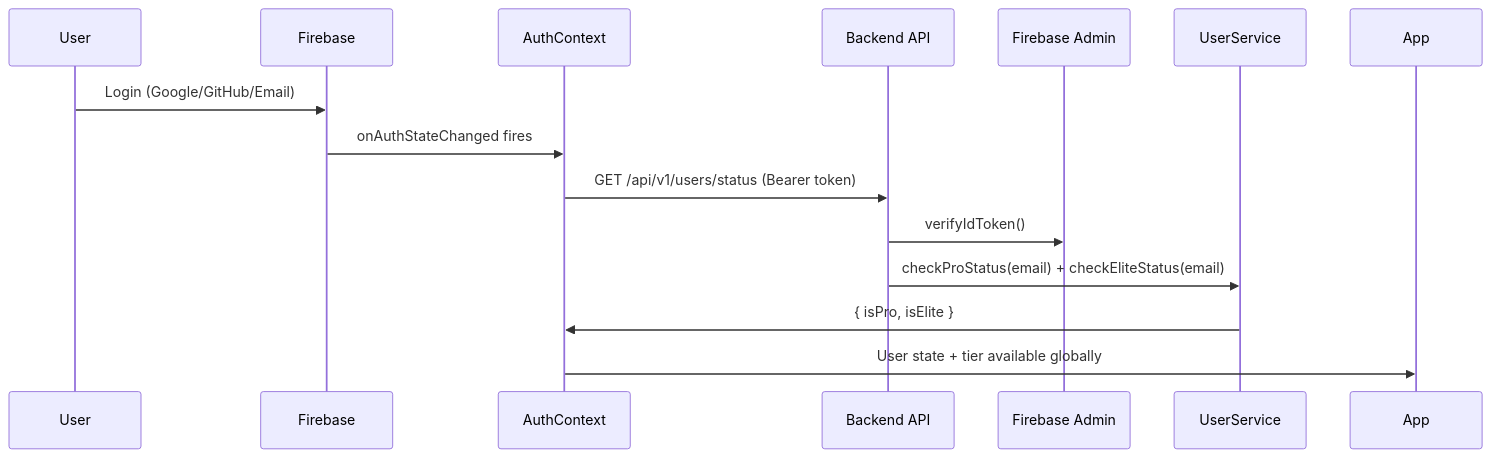
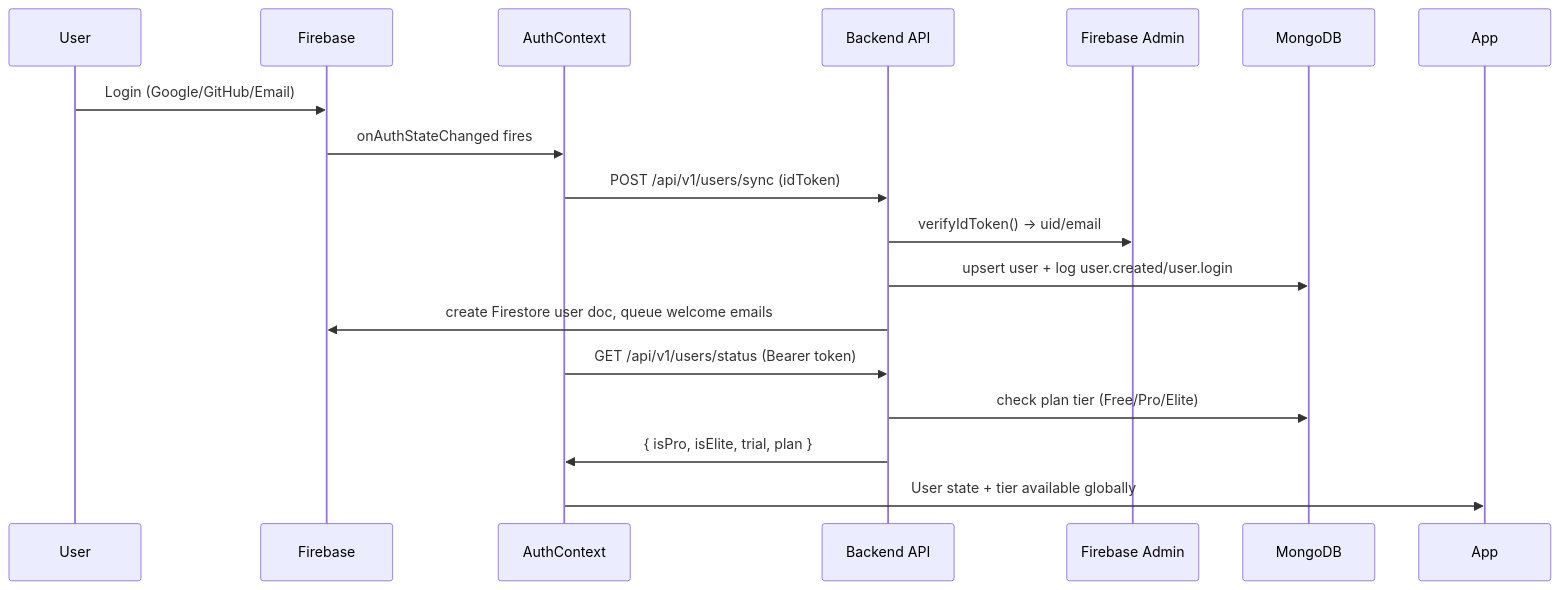
One commit to jainil224/UI-HUB- changed the diagram in README.md. Above: the diagram before and after it, drawn with Mermaid. The commit also changed other lines of this file and 2 other files, not shown here.

Commit message:
docs: create CLI guide and update MCP documentation with server configuration best practices

````diff
--- a/README.md
+++ b/README.md
@@ -356,10 +421,13 @@
 ```mermaid
 sequenceDiagram
     User->>Firebase: Login (Google/GitHub/Email)
     Firebase->>AuthContext: onAuthStateChanged fires
+    AuthContext->>Backend API: POST /api/v1/users/sync (idToken)
+    Backend API->>Firebase Admin: verifyIdToken() → uid/email
+    Backend API->>MongoDB: upsert user + log user.created/user.login
+    Backend API->>Firebase: create Firestore user doc, queue welcome emails
     AuthContext->>Backend API: GET /api/v1/users/status (Bearer token)
-    Backend API->>Firebase Admin: verifyIdToken()
-    Backend API->>UserService: checkProStatus(email) + checkEliteStatus(email)
-    UserService->>AuthContext: { isPro, isElite }
+    Backend API->>MongoDB: check plan tier (Free/Pro/Elite)
+    Backend API->>AuthContext: { isPro, isElite, trial, plan }
     AuthContext->>App: User state + tier available globally
 ```
````
